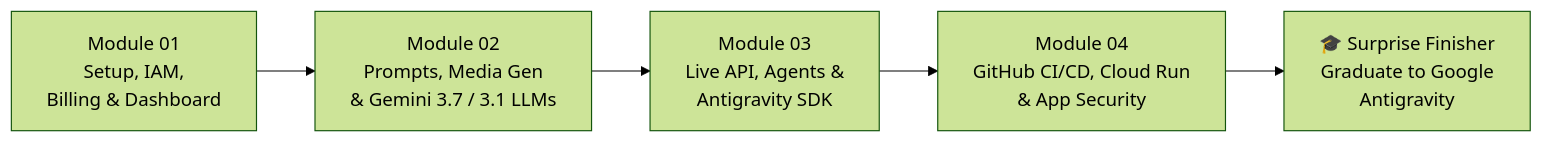
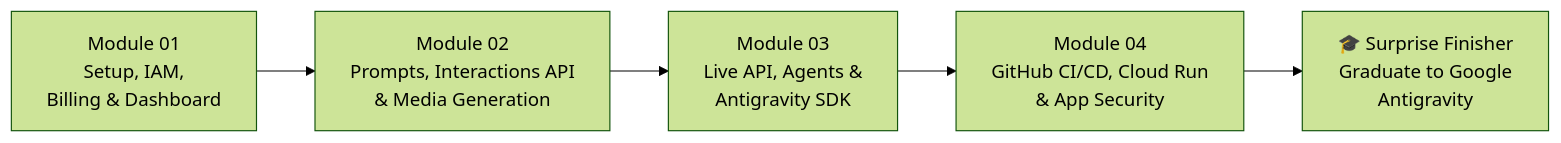
The second of 2 diagrams in en/README.md (AllInVaders/aistudio-full-course), drawn with Mermaid (forest theme) before and after one commit. The commit also changed other lines of this file and 30 other files, not shown here.

````diff
--- a/en/README.md
+++ b/en/README.md
@@ -59,7 +98,7 @@
 ```mermaid
 flowchart LR
-    M1["Module 01\nSetup, IAM,\nBilling & Dashboard"] --> M2["Module 02\nPrompts, Media Gen\n& Gemini 3.7 / 3.1 LLMs"]
+    M1["Module 01\nSetup, IAM,\nBilling & Dashboard"] --> M2["Module 02\nPrompts, Interactions API\n& Media Generation"]
     M2 --> M3["Module 03\nLive API, Agents &\nAntigravity SDK"]
     M3 --> M4["Module 04\nGitHub CI/CD, Cloud Run\n& App Security"]
     M4 --> SF["🎓 Surprise Finisher\nGraduate to Google\nAntigravity"]
 ```
````
